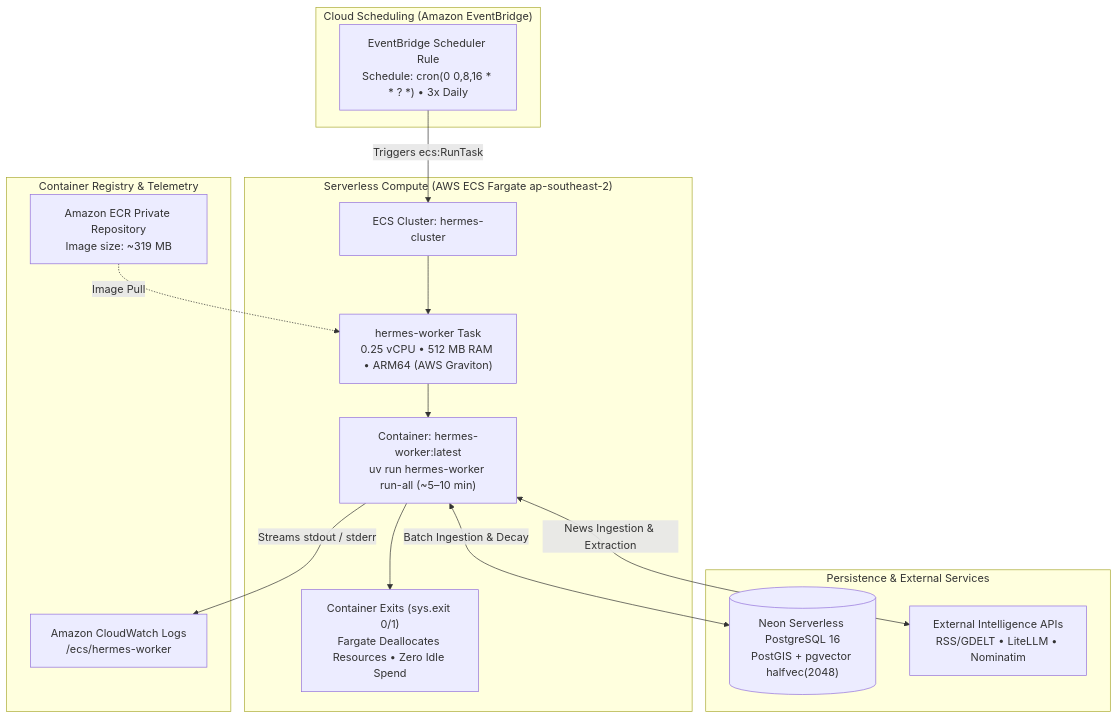
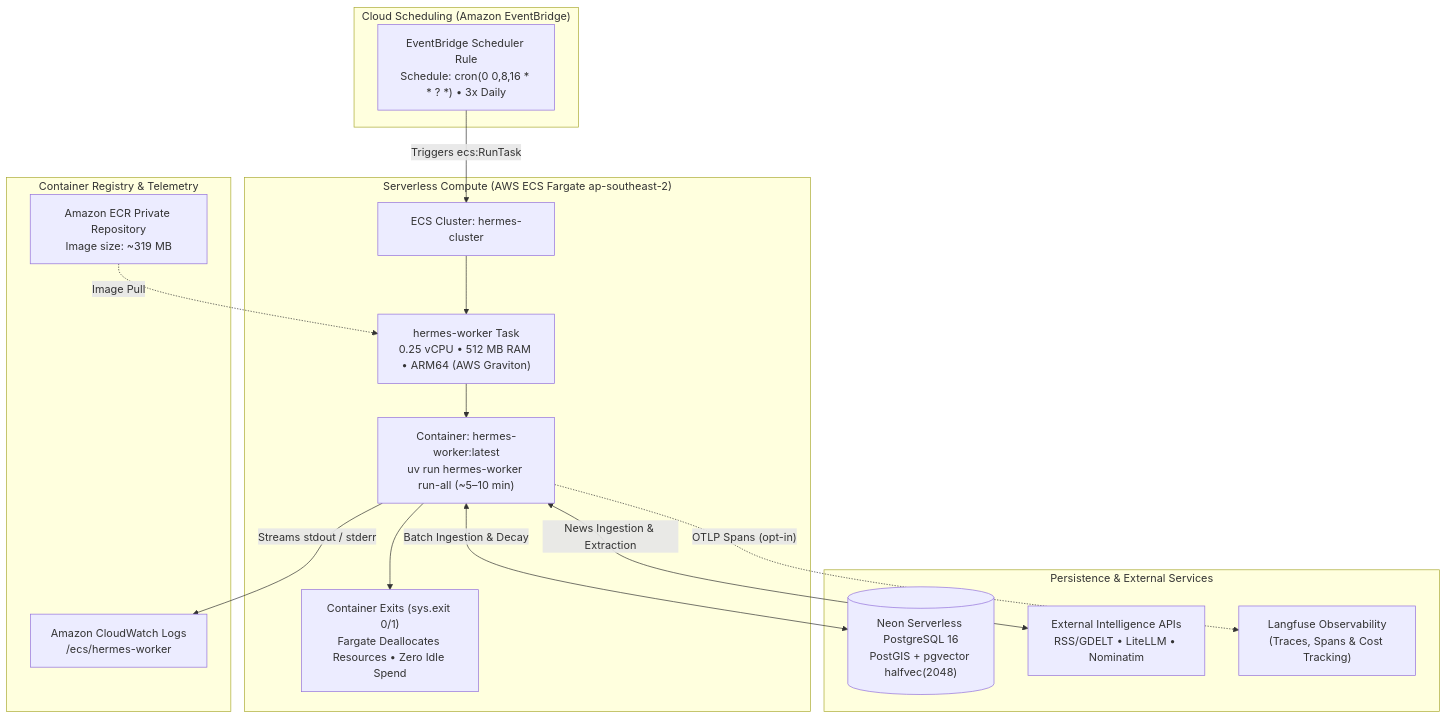
The first of 4 diagrams in apps/hermes-worker/docs/architecture.md (paavann/hermes), drawn with Mermaid before and after one commit. The commit also changed other lines of this file and 11 other files, not shown here.

````diff
--- a/apps/hermes-worker/docs/architecture.md
+++ b/apps/hermes-worker/docs/architecture.md
@@ -13,32 +13,34 @@
 ```mermaid
 flowchart TD
     subgraph TriggerLayer ["Cloud Scheduling (Amazon EventBridge)"]
         EventBridge["EventBridge Scheduler Rule\nSchedule: cron(0 0,8,16 * * ? *) • 3x Daily"]
     end
 
     subgraph ComputeLayer ["Serverless Compute (AWS ECS Fargate ap-southeast-2)"]
         ECS["ECS Cluster: hermes-cluster"]
         Task["hermes-worker Task\n0.25 vCPU • 512 MB RAM • ARM64 (AWS Graviton)"]
         Container["Container: hermes-worker:latest\nuv run hermes-worker run-all (~5–10 min)"]
         Teardown["Container Exits (sys.exit 0/1)\nFargate Deallocates Resources • Zero Idle Spend"]
     end
 
     subgraph RegistryLayer ["Container Registry & Telemetry"]
         ECR["Amazon ECR Private Repository\nImage size: ~319 MB"]
         CloudWatch["Amazon CloudWatch Logs\n/ecs/hermes-worker"]
     end
 
     subgraph DataLayer ["Persistence & External Services"]
         NeonDB[("Neon Serverless PostgreSQL 16\nPostGIS + pgvector halfvec(2048)")]
         ExternalAPIs["External Intelligence APIs\nRSS/GDELT • LiteLLM • Nominatim"]
+        Langfuse["Langfuse Observability\n(Traces, Spans & Cost Tracking)"]
     end
 
     EventBridge -->|"Triggers ecs:RunTask"| ECS
     ECS --> Task
     ECR -.->|"Image Pull"| Task
     Task --> Container
     Container <-->|"Batch Ingestion & Decay"| NeonDB
     Container <-->|"News Ingestion & Extraction"| ExternalAPIs
+    Container -.->|"OTLP Spans (opt-in)"| Langfuse
     Container -->|"Streams stdout / stderr"| CloudWatch
     Container --> Teardown
 ```
````
